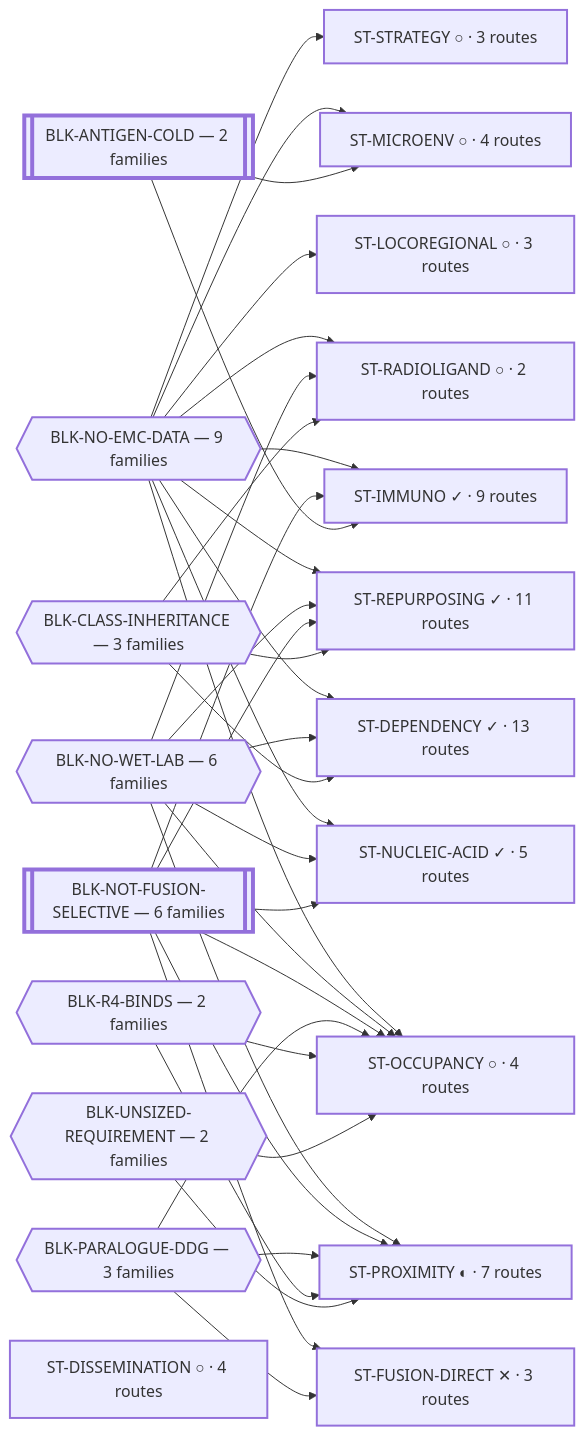
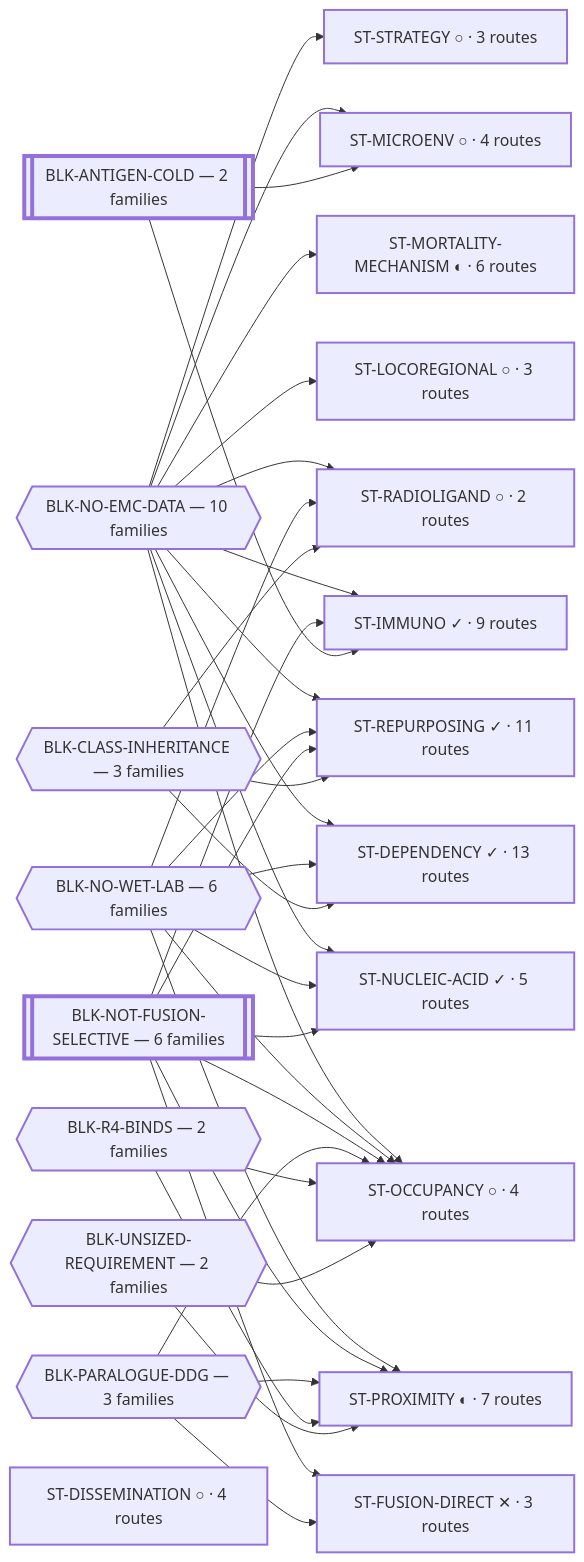
Before and after one commit to trimcrae/Rare-cancers: the diagram in systems/views/L0-ecosystem.md, drawn with Mermaid. The commit also changed other lines of this file and 24 other files, not shown here.

First line of the commit message:
register mortality-mechanism-directed care as a strategy family, plus the host-factor model

````diff
--- a/systems/views/L0-ecosystem.md
+++ b/systems/views/L0-ecosystem.md
@@ -33,62 +33,64 @@
 ```mermaid
 flowchart LR
-  BLK_NO_EMC_DATA{{"BLK-NO-EMC-DATA — 9 families"}}:::blk
+  BLK_NO_EMC_DATA{{"BLK-NO-EMC-DATA — 10 families"}}:::blk
   BLK_NO_WET_LAB{{"BLK-NO-WET-LAB — 6 families"}}:::blk
   BLK_NOT_FUSION_SELECTIVE[["BLK-NOT-FUSION-SELECTIVE — 6 families"]]:::perm
   BLK_CLASS_INHERITANCE{{"BLK-CLASS-INHERITANCE — 3 families"}}:::blk
   BLK_PARALOGUE_DDG{{"BLK-PARALOGUE-DDG — 3 families"}}:::blk
   BLK_ANTIGEN_COLD[["BLK-ANTIGEN-COLD — 2 families"]]:::perm
   BLK_R4_BINDS{{"BLK-R4-BINDS — 2 families"}}:::blk
   BLK_UNSIZED_REQUIREMENT{{"BLK-UNSIZED-REQUIREMENT — 2 families"}}:::blk
 
   ST_DEPENDENCY["ST-DEPENDENCY ✓ · 13 routes"]:::fam
   ST_REPURPOSING["ST-REPURPOSING ✓ · 11 routes"]:::fam
   ST_IMMUNO["ST-IMMUNO ✓ · 9 routes"]:::fam
   ST_PROXIMITY["ST-PROXIMITY ◐ · 7 routes"]:::fam
+  ST_MORTALITY_MECHANISM["ST-MORTALITY-MECHANISM ◐ · 6 routes"]:::fam
   ST_NUCLEIC_ACID["ST-NUCLEIC-ACID ✓ · 5 routes"]:::fam
   ST_DISSEMINATION["ST-DISSEMINATION ○ · 4 routes"]:::fam
   ST_MICROENV["ST-MICROENV ○ · 4 routes"]:::fam
   ST_OCCUPANCY["ST-OCCUPANCY ○ · 4 routes"]:::fam
   ST_FUSION_DIRECT["ST-FUSION-DIRECT ✕ · 3 routes"]:::fam
   ST_LOCOREGIONAL["ST-LOCOREGIONAL ○ · 3 routes"]:::fam
   ST_STRATEGY["ST-STRATEGY ○ · 3 routes"]:::fam
   ST_RADIOLIGAND["ST-RADIOLIGAND ○ · 2 routes"]:::fam
 
   BLK_NO_EMC_DATA --> ST_DEPENDENCY
   BLK_NO_EMC_DATA --> ST_IMMUNO
   BLK_NO_EMC_DATA --> ST_LOCOREGIONAL
   BLK_NO_EMC_DATA --> ST_MICROENV
+  BLK_NO_EMC_DATA --> ST_MORTALITY_MECHANISM
   BLK_NO_EMC_DATA --> ST_NUCLEIC_ACID
   BLK_NO_EMC_DATA --> ST_OCCUPANCY
   BLK_NO_EMC_DATA --> ST_RADIOLIGAND
   BLK_NO_EMC_DATA --> ST_REPURPOSING
   BLK_NO_EMC_DATA --> ST_STRATEGY
   BLK_NO_WET_LAB --> ST_DEPENDENCY
   BLK_NO_WET_LAB --> ST_NUCLEIC_ACID
   BLK_NO_WET_LAB --> ST_OCCUPANCY
   BLK_NO_WET_LAB --> ST_PROXIMITY
   BLK_NO_WET_LAB --> ST_RADIOLIGAND
   BLK_NO_WET_LAB --> ST_REPURPOSING
   BLK_NOT_FUSION_SELECTIVE --> ST_FUSION_DIRECT
   BLK_NOT_FUSION_SELECTIVE --> ST_IMMUNO
   BLK_NOT_FUSION_SELECTIVE --> ST_NUCLEIC_ACID
   BLK_NOT_FUSION_SELECTIVE --> ST_OCCUPANCY
   BLK_NOT_FUSION_SELECTIVE --> ST_PROXIMITY
   BLK_NOT_FUSION_SELECTIVE --> ST_REPURPOSING
   BLK_CLASS_INHERITANCE --> ST_DEPENDENCY
   BLK_CLASS_INHERITANCE --> ST_RADIOLIGAND
   BLK_CLASS_INHERITANCE --> ST_REPURPOSING
   BLK_PARALOGUE_DDG --> ST_FUSION_DIRECT
   BLK_PARALOGUE_DDG --> ST_OCCUPANCY
   BLK_PARALOGUE_DDG --> ST_PROXIMITY
   BLK_ANTIGEN_COLD --> ST_IMMUNO
   BLK_ANTIGEN_COLD --> ST_MICROENV
   BLK_R4_BINDS --> ST_OCCUPANCY
   BLK_R4_BINDS --> ST_PROXIMITY
   BLK_UNSIZED_REQUIREMENT --> ST_OCCUPANCY
   BLK_UNSIZED_REQUIREMENT --> ST_PROXIMITY
   classDef fam stroke-width:2px;
   classDef blk stroke-width:2px;
   classDef perm stroke-width:4px;
   classDef tech stroke-width:1px,stroke-dasharray:4 3;
 ```
````
